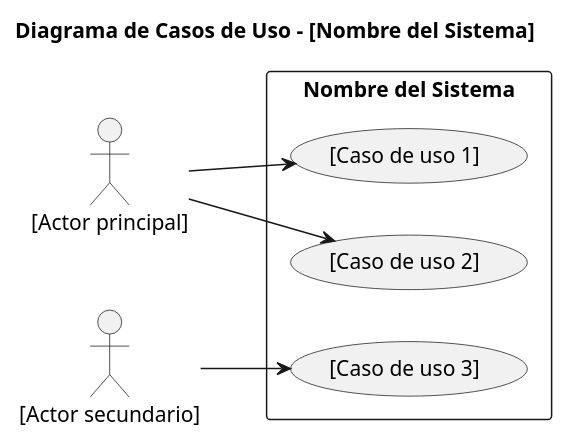
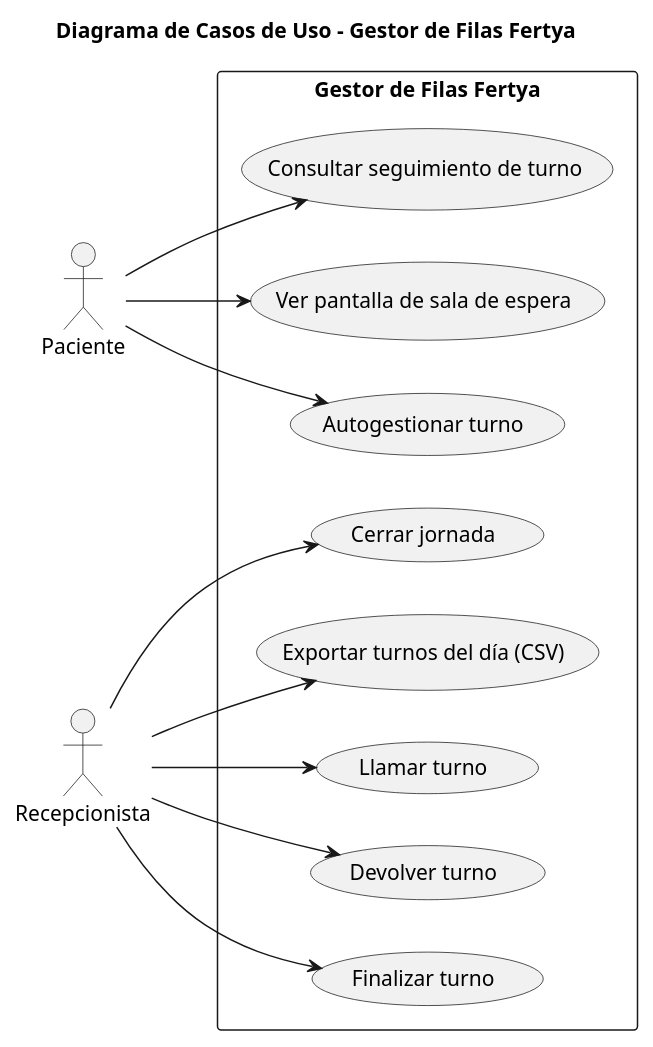
One commit to yamilahummel3-svg/eidas-grupo01-gestorfila changed the diagram in diagramas/casos-de-uso.puml. Above: the diagram before and after it, drawn with PlantUML. The commit also changed 11 other files, not shown here.

Commit message:
Completo README, integrantes, requisitos, HU, casos de uso, ER, diseno UI, stakeholders, DoR y slicing con datos del proyecto Gestor Fila Fertya

```diff
--- a/diagramas/casos-de-uso.puml
+++ b/diagramas/casos-de-uso.puml
@@ -1,26 +1,35 @@
 @startuml
-title Diagrama de Casos de Uso - [Nombre del Sistema]
+title Diagrama de Casos de Uso - Gestor de Filas Fertya
 
 left to right direction
 
 ' --- Actores ---
-actor "[Actor principal]" as A1
-actor "[Actor secundario]" as A2
+actor "Paciente" as A1
+actor "Recepcionista" as A2
 
 ' --- Sistema ---
-rectangle "[Nombre del Sistema]" {
-  usecase "[Caso de uso 1]" as UC1
-  usecase "[Caso de uso 2]" as UC2
-  usecase "[Caso de uso 3]" as UC3
+rectangle "Gestor de Filas Fertya" {
+  usecase "Autogestionar turno" as UC1
+  usecase "Consultar seguimiento de turno" as UC2
+  usecase "Llamar turno" as UC3
+  usecase "Devolver turno" as UC4
+  usecase "Finalizar turno" as UC5
+  usecase "Cerrar jornada" as UC6
+  usecase "Exportar turnos del día (CSV)" as UC7
+  usecase "Ver pantalla de sala de espera" as UC8
 }
 
 ' --- Relaciones actor-caso de uso ---
 A1 --> UC1
 A1 --> UC2
+A1 --> UC8
 A2 --> UC3
+A2 --> UC4
+A2 --> UC5
+A2 --> UC6
+A2 --> UC7
 
 ' --- Relaciones entre casos de uso ---
-' UC2 .> UC1 : <<include>>
-' UC3 .> UC1 : <<extend>>
+' UC6 .> UC5 : <<include>>
 
 @enduml
```
